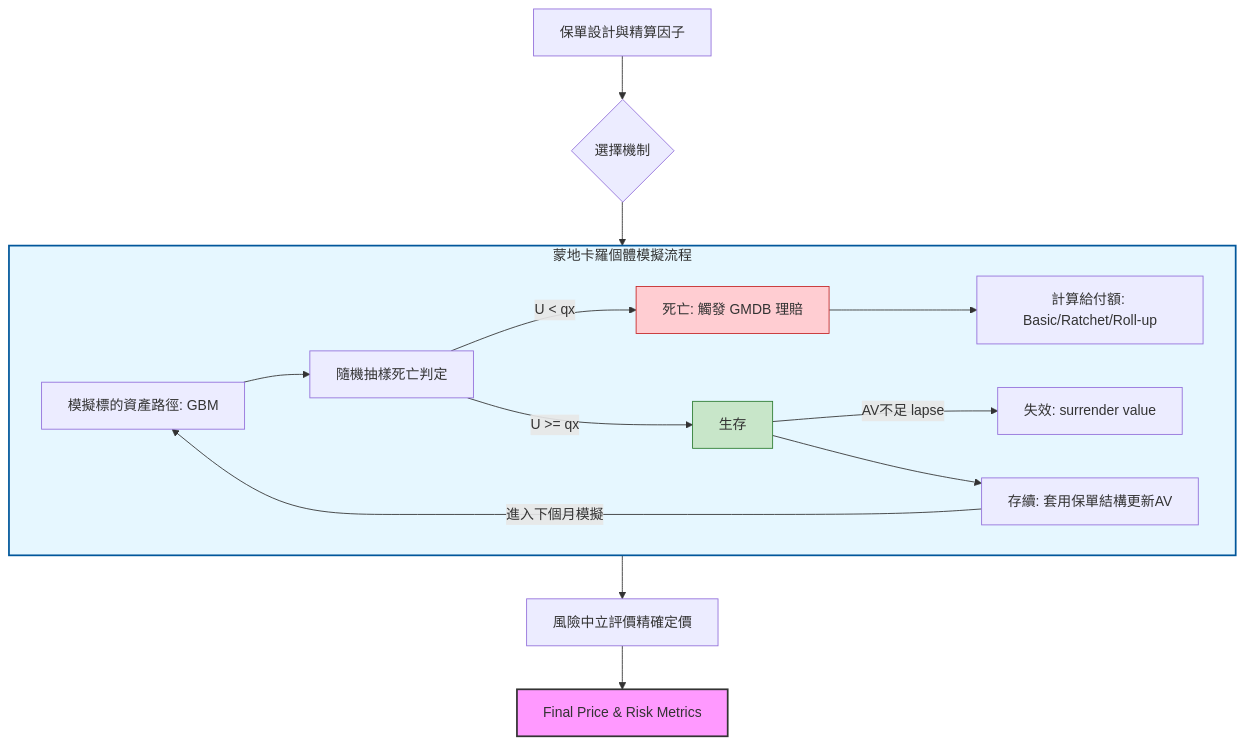
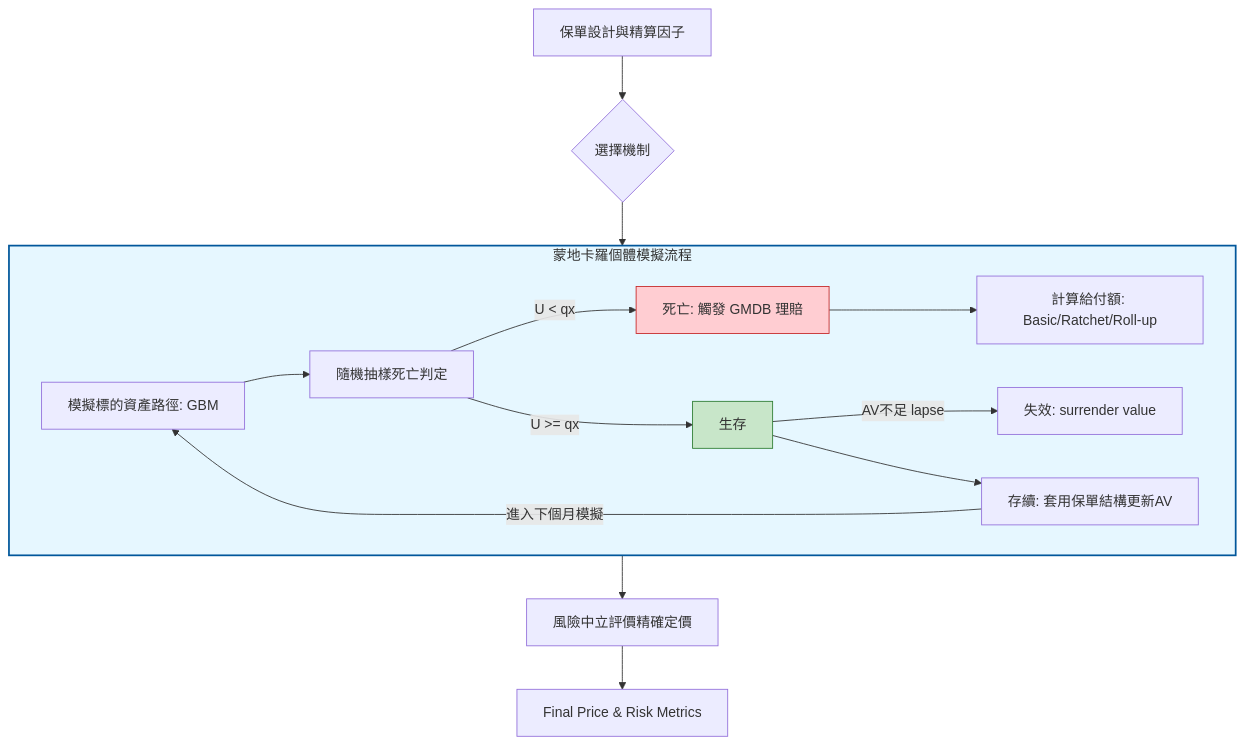
The diagram in README.md (Kai-Yun-Chang/--Simulation-Python), drawn with Mermaid before and after one commit. The commit also changed other lines of this file, not shown here.

````diff
--- a/README.md
+++ b/README.md
@@ -26,26 +26,25 @@
 ```mermaid
 graph TD
     %% 主流程
     Input[保單設計與精算因子] --> Mechanism{選擇機制}
     Mechanism --> Simulation[蒙地卡羅模擬流程]
     Simulation --> Risk-neutral[風險中立評價精確定價]
     Risk-neutral --> Result[Final Price & Risk Metrics]
 
     %% 蒙地卡羅詳細步驟 (子圖)
     subgraph Simulation [蒙地卡羅個體模擬流程]
         S1[模擬標的資產路徑: GBM] --> S2[隨機抽樣死亡判定]
         S2 -->|U < qx| Dead[死亡: 觸發 GMDB 理賠]
         S2 -->|U >= qx| Alive[生存]
         Alive --> |AV不足 lapse| Lapse[失效: surrender value]
         Alive --> S4[存續: 套用保單結構更新AV]
         Dead --> S3[計算給付額: Basic/Ratchet/Roll-up]
         
         S4 -->|進入下個月模擬| S1
     end
 
     style Dead fill:#ffcdd2,stroke:#c62828
     style Alive fill:#c8e6c9,stroke:#2e7d32
     %% 樣式設定
     style Simulation fill:#e6f7ff,stroke:#01579b,stroke-width:2px
-    style Result fill:#f9f,stroke:#333,stroke-width:2px
 ```
````
